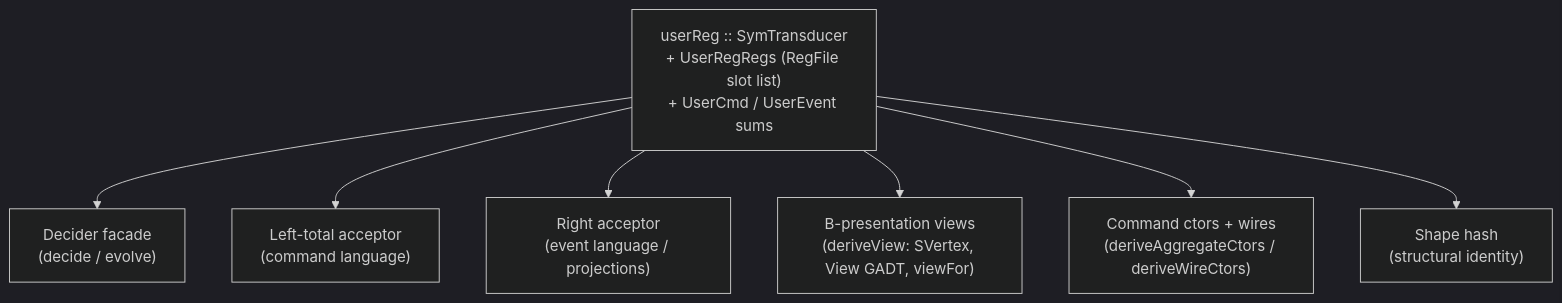
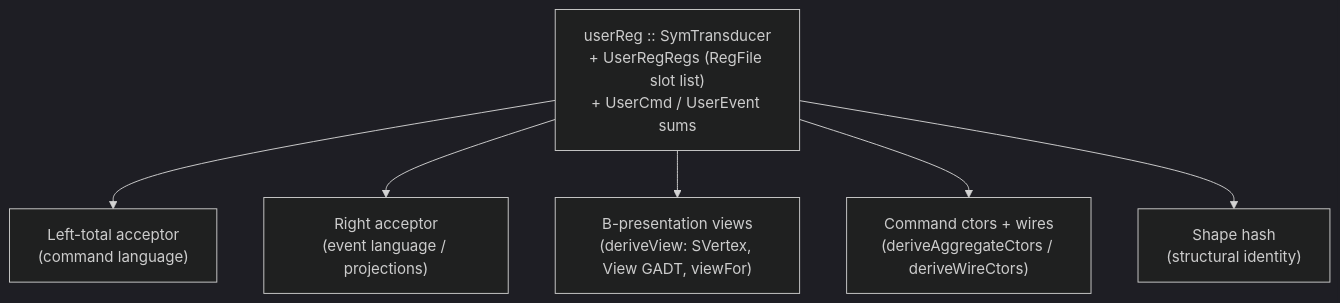
The diagram in content/docs/keiki/walkthrough/derivations/00-start-here.mdx (shinzui/keiro-runtime-docs), drawn with Mermaid (dark theme) before and after one commit. The commit also changed other lines of this file and 22 other files, not shown here.

````diff
--- a/content/docs/keiki/walkthrough/derivations/00-start-here.mdx
+++ b/content/docs/keiki/walkthrough/derivations/00-start-here.mdx
@@ -23,10 +23,9 @@
 ```mermaid
 flowchart TD
   Root["userReg :: SymTransducer<br/>+ UserRegRegs (RegFile slot list)<br/>+ UserCmd / UserEvent sums"]
-  Root --> Dec["Decider facade<br/>(decide / evolve)"]
   Root --> AccL["Left-total acceptor<br/>(command language)"]
   Root --> AccR["Right acceptor<br/>(event language / projections)"]
   Root --> Views["B-presentation views<br/>(deriveView: SVertex, View GADT, viewFor)"]
   Root --> Ctors["Command ctors + wires<br/>(deriveAggregateCtors / deriveWireCtors)"]
   Root --> Hash["Shape hash<br/>(structural identity)"]
 ```
````
